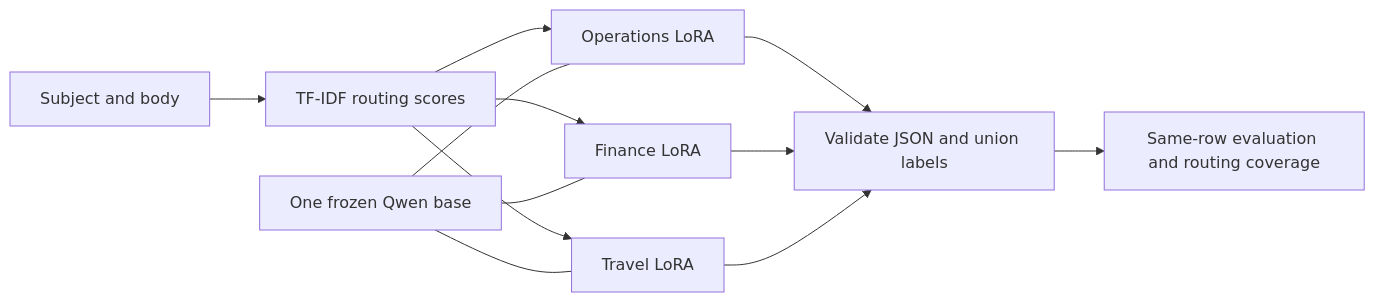
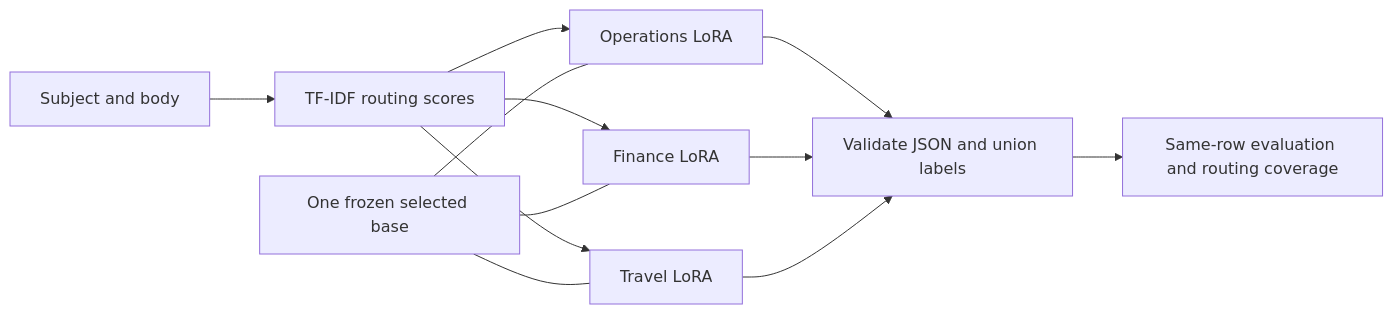
The diagram in workshops/email-multilora/README.md (rashmijain02/multi-lora), drawn with Mermaid before and after one commit. The commit also changed other lines of this file and 14 other files, not shown here.

````diff
--- a/workshops/email-multilora/README.md
+++ b/workshops/email-multilora/README.md
@@ -44,14 +51,14 @@
 ```mermaid
 flowchart LR
     E[Subject and body] --> R[TF-IDF routing scores]
     R --> O[Operations LoRA]
     R --> F[Finance LoRA]
     R --> T[Travel LoRA]
-    B[One frozen Qwen base] --- O
+    B[One frozen selected base] --- O
     B --- F
     B --- T
     O --> U[Validate JSON and union labels]
     F --> U
     T --> U
     U --> M[Same-row evaluation and routing coverage]
 ```
````
